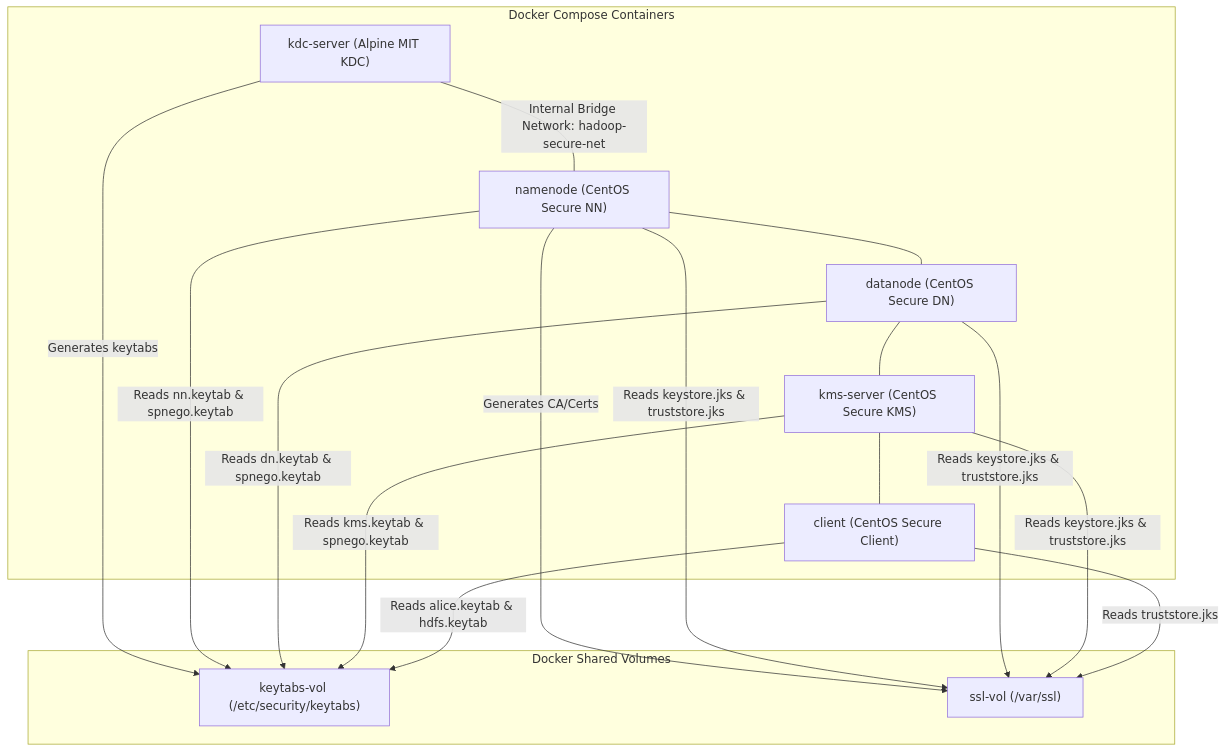
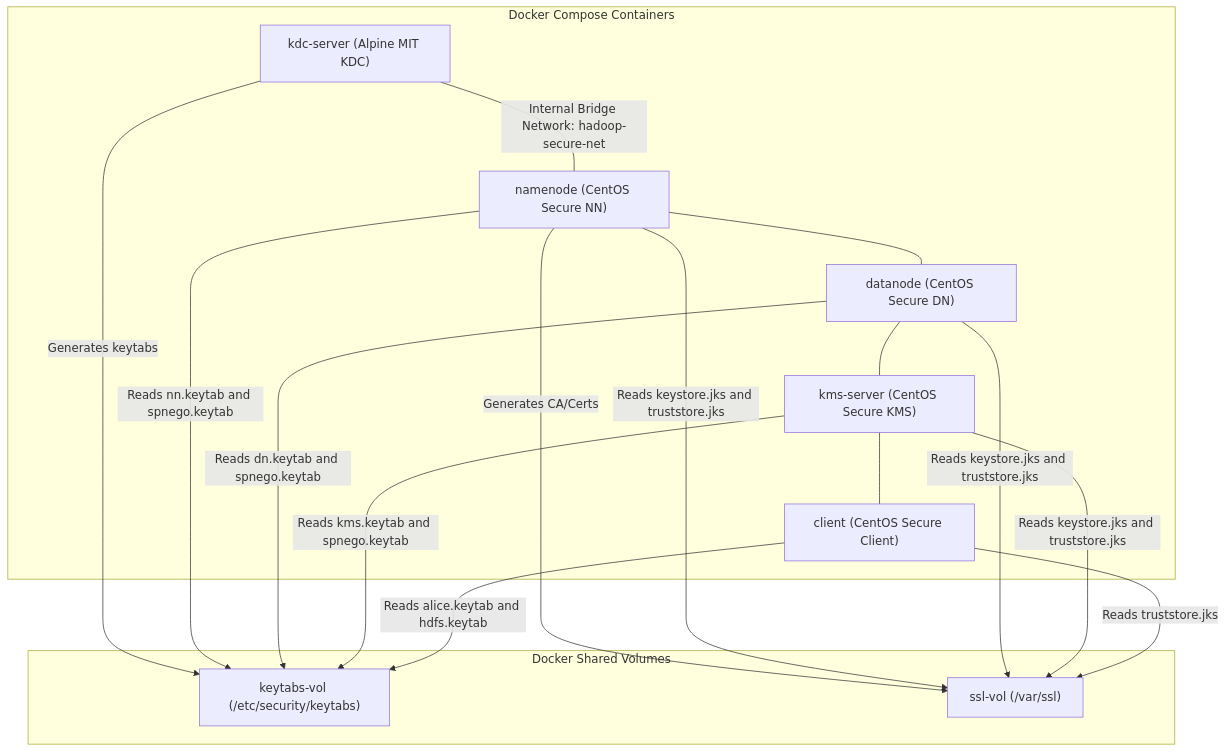
Before and after one commit to userhimanshuverma/30_Days_of_Modern_Hadoop_Ecosystem: the eighth of 9 diagrams in Day-04-HDFS-Security-Encryption/README.md, drawn with Mermaid. The commit also changed other lines of this file and 3 other files, not shown here.

Commit message:
fix: wrap aliases with parentheses and slashes in double quotes for sequence diagrams

````diff
--- a/Day-04-HDFS-Security-Encryption/README.md
+++ b/Day-04-HDFS-Security-Encryption/README.md
@@ -643,32 +643,32 @@
 ```mermaid
 graph TD
     subgraph Volumes ["Docker Shared Volumes"]
         KeytabsVol["keytabs-vol (/etc/security/keytabs)"]
         SSLVol["ssl-vol (/var/ssl)"]
     end
     
     subgraph Services ["Docker Compose Containers"]
         KDC["kdc-server (Alpine MIT KDC)"]
         NN["namenode (CentOS Secure NN)"]
         DN["datanode (CentOS Secure DN)"]
         KMS["kms-server (CentOS Secure KMS)"]
         Client["client (CentOS Secure Client)"]
     end
 
     KDC -->|Generates keytabs| KeytabsVol
     NN -->|Generates CA/Certs| SSLVol
 
-    NN -->|Reads nn.keytab & spnego.keytab| KeytabsVol
-    NN -->|Reads keystore.jks & truststore.jks| SSLVol
+    NN -->|Reads nn.keytab and spnego.keytab| KeytabsVol
+    NN -->|Reads keystore.jks and truststore.jks| SSLVol
 
-    DN -->|Reads dn.keytab & spnego.keytab| KeytabsVol
-    DN -->|Reads keystore.jks & truststore.jks| SSLVol
+    DN -->|Reads dn.keytab and spnego.keytab| KeytabsVol
+    DN -->|Reads keystore.jks and truststore.jks| SSLVol
 
-    KMS -->|Reads kms.keytab & spnego.keytab| KeytabsVol
-    KMS -->|Reads keystore.jks & truststore.jks| SSLVol
+    KMS -->|Reads kms.keytab and spnego.keytab| KeytabsVol
+    KMS -->|Reads keystore.jks and truststore.jks| SSLVol
 
-    Client -->|Reads alice.keytab & hdfs.keytab| KeytabsVol
+    Client -->|Reads alice.keytab and hdfs.keytab| KeytabsVol
     Client -->|Reads truststore.jks| SSLVol
 
     KDC ---|Internal Bridge Network: hadoop-secure-net| NN --- DN --- KMS --- Client
 ```
````
